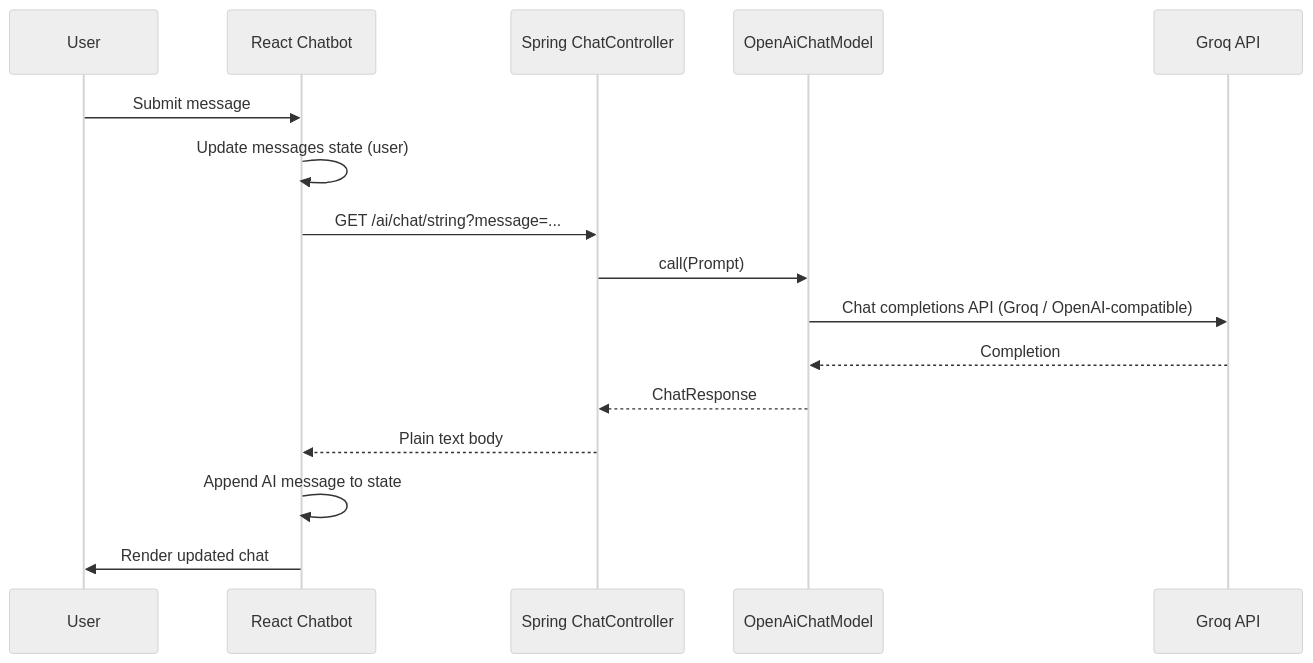
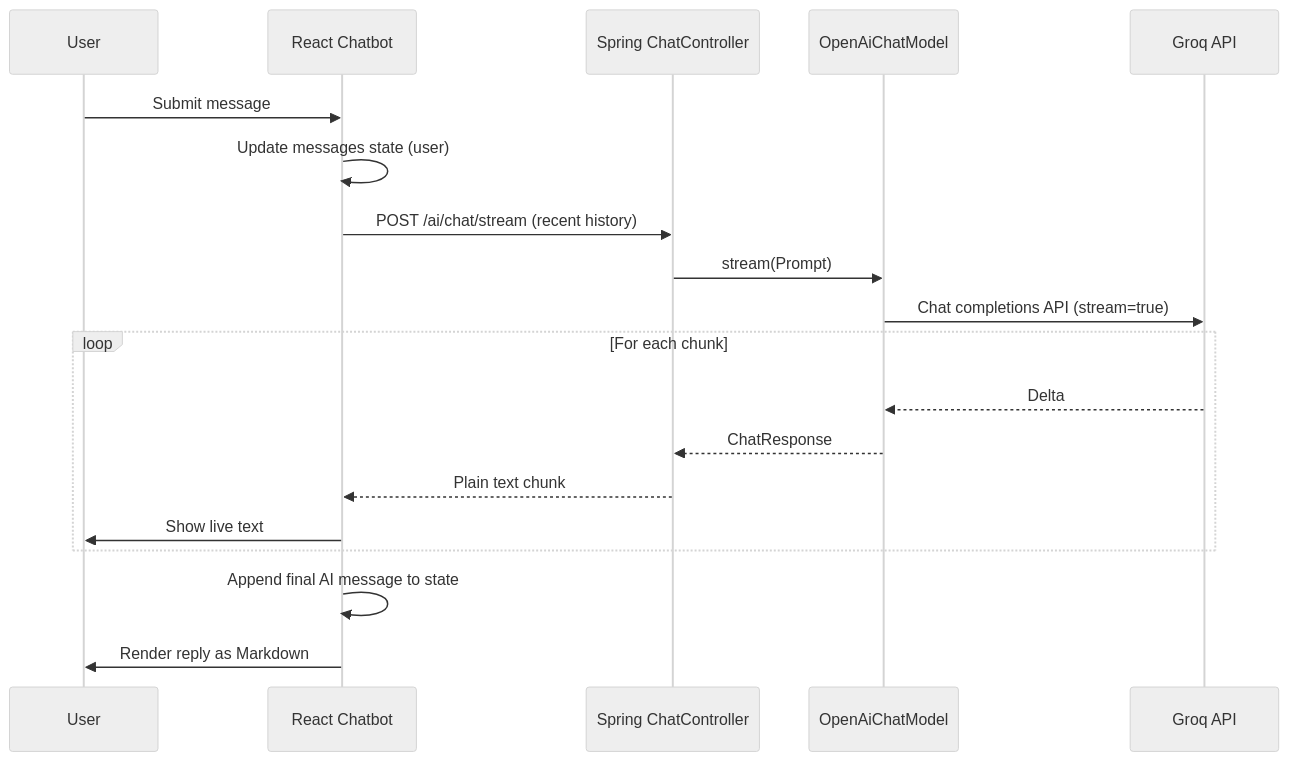
Before and after one commit to DeeprajSawaiyan/chatBot_using_SpringAI: the second of 2 diagrams in README.md, drawn with Mermaid (neutral theme). The commit also changed other lines of this file and 21 other files, not shown here.

````diff
--- a/README.md
+++ b/README.md
@@ -96,19 +98,22 @@
 ```mermaid
 sequenceDiagram
   participant U as User
   participant R as React Chatbot
   participant S as Spring ChatController
   participant M as OpenAiChatModel
   participant O as Groq API
 
   U->>R: Submit message
   R->>R: Update messages state (user)
-  R->>S: GET /ai/chat/string?message=...
-  S->>M: call(Prompt)
-  M->>O: Chat completions API (Groq / OpenAI-compatible)
-  O-->>M: Completion
-  M-->>S: ChatResponse
-  S-->>R: Plain text body
-  R->>R: Append AI message to state
-  R->>U: Render updated chat
+  R->>S: POST /ai/chat/stream (recent history)
+  S->>M: stream(Prompt)
+  M->>O: Chat completions API (stream=true)
+  loop For each chunk
+    O-->>M: Delta
+    M-->>S: ChatResponse
+    S-->>R: Plain text chunk
+    R->>U: Show live text
+  end
+  R->>R: Append final AI message to state
+  R->>U: Render reply as Markdown
 ```
````
